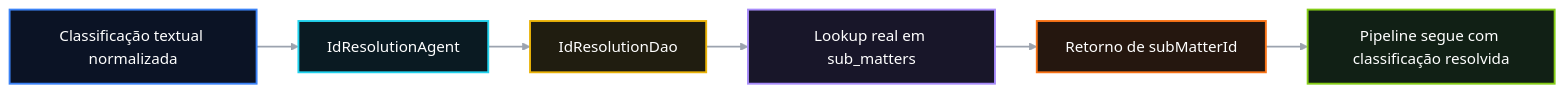
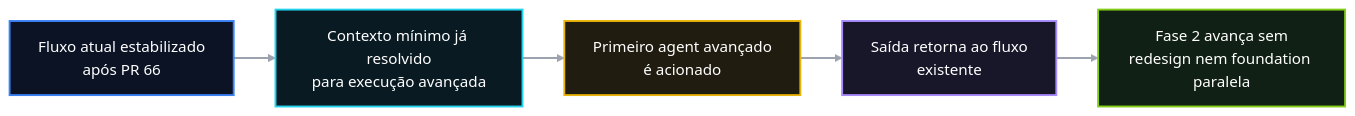
The diagram in PR 67 — Fase 2: Primeiro Lookup Real de Article via Base Relacional.md (matheusdiamantino-betalent/questions-ai), drawn with Mermaid before and after one commit. The commit also changed other lines of this file, not shown here.

Commit message:
Update PR 67 — Fase 2: Primeiro Lookup Real de Article via Base Relacional.md

````diff
--- a/PR 67 — Fase 2: Primeiro Lookup Real de Article via Base Relacional.md
+++ b/PR 67 — Fase 2: Primeiro Lookup Real de Article via Base Relacional.md
@@ -95,47 +88,50 @@
 ```mermaid
 %%{init: {
   "theme": "base",
   "themeVariables": {
     "background": "#050b16",
     "primaryColor": "#0b1220",
     "primaryTextColor": "#ffffff",
     "primaryBorderColor": "#22d3ee",
     "lineColor": "#94a3b8",
     "secondaryColor": "#0b1220",
     "tertiaryColor": "#0b1220",
     "fontFamily": "Inter, Arial, sans-serif"
   },
   "flowchart": {
     "htmlLabels": true,
     "curve": "linear",
     "nodeSpacing": 34,
     "rankSpacing": 44
   }
 }}%%
 flowchart LR
-    A["Classificação textual normalizada"] --> B["IdResolutionAgent"]
-    B --> C["IdResolutionDao"]
-    C --> D["Lookup real em sub_matters"]
-    D --> E["Retorno de subMatterId"]
-    E --> F["Pipeline segue com classificação resolvida"]
+    A["Fluxo atual estabilizado<br/>após PR 66"] --> B["Contexto mínimo já resolvido<br/>para execução avançada"]
+    B --> C["Primeiro agent avançado<br/>é acionado"]
+    C --> D["Saída retorna ao fluxo<br/>existente"]
+    D --> E["Fase 2 avança sem<br/>redesign nem foundation paralela"]
 
     classDef step1 fill:#0b1325,stroke:#3b82f6,stroke-width:2px,color:#ffffff;
     classDef step2 fill:#0a1a22,stroke:#22d3ee,stroke-width:2px,color:#ffffff;
     classDef step3 fill:#201d10,stroke:#eab308,stroke-width:2px,color:#ffffff;
     classDef step4 fill:#181629,stroke:#a78bfa,stroke-width:2px,color:#ffffff;
-    classDef step5 fill:#25170f,stroke:#f97316,stroke-width:2px,color:#ffffff;
-    classDef step6 fill:#112015,stroke:#84cc16,stroke-width:2px,color:#ffffff;
+    classDef step5 fill:#112015,stroke:#84cc16,stroke-width:2px,color:#ffffff;
+    classDef step6 fill:#1e293b,stroke:#f8fafc,stroke-width:2px,color:#ffffff;
+    classDef decision fill:#181629,stroke:#a78bfa,stroke-width:2px,color:#ffffff;
+    classDef successBox fill:#112015,stroke:#84cc16,stroke-width:2px,color:#ffffff;
+    classDef failureBox fill:#2a160f,stroke:#fb7185,stroke-width:2px,color:#ffffff;
+    classDef outputBox fill:#1e293b,stroke:#f8fafc,stroke-width:2px,color:#ffffff;
+    classDef foundationBox fill:#1e293b,stroke:#f8fafc,stroke-width:2px,color:#ffffff;
+    classDef coreBox fill:#1e293b,stroke:#f8fafc,stroke-width:2px,color:#ffffff;
 
     class A step1;
     class B step2;
     class C step3;
     class D step4;
     class E step5;
-    class F step6;
 
     linkStyle 0 stroke:#9ca3af,stroke-width:2px;
     linkStyle 1 stroke:#9ca3af,stroke-width:2px;
     linkStyle 2 stroke:#9ca3af,stroke-width:2px;
     linkStyle 3 stroke:#9ca3af,stroke-width:2px;
-    linkStyle 4 stroke:#9ca3af,stroke-width:2px;
 ```
````
